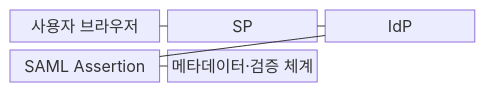
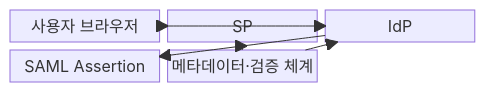
The first of 2 diagrams in src/content/docs/notes/05-security/058_saml.md (agnusdei1207/knowledge-base), drawn with Mermaid before and after one commit. The commit also changed other lines of this file and 20 other files, not shown here.

````diff
--- a/src/content/docs/notes/05-security/058_saml.md
+++ b/src/content/docs/notes/05-security/058_saml.md
@@ -60,13 +60,14 @@
 ```mermaid
 block-beta
   columns 3
   A["사용자 브라우저"]
   B["SP"]
   C["IdP"]
   D["SAML Assertion"]
   E["메타데이터·검증 체계"]
-    A --- B
-    B --- C
-    C --- D
-    D --- E
+    A --> B
+    A --> C
+    C --> D
+    E --> B
+    E --> C
 ```
````
